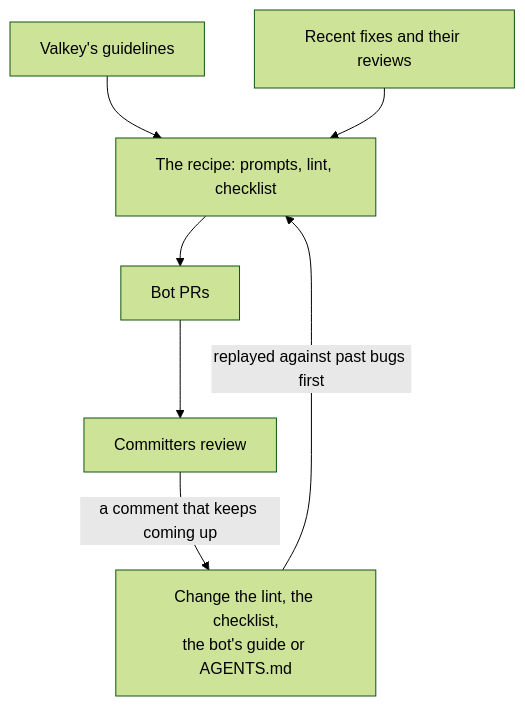
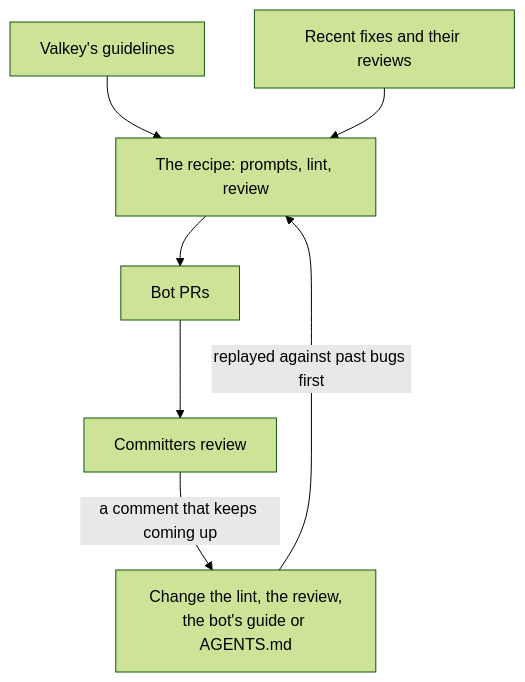
One commit to sarthakaggarwal97/valkey-ci-agent changed the fourth of 5 diagrams in docs/design/software-factory.md. Above: the diagram before and after it, drawn with Mermaid (forest theme). The commit also changed other lines of this file, not shown here.

````diff
--- a/docs/design/software-factory.md
+++ b/docs/design/software-factory.md
@@ -181,9 +186,9 @@
 ```mermaid
 flowchart TD
-    G["Valkey's guidelines"] --> R["The recipe: prompts, lint, checklist"]
+    G["Valkey's guidelines"] --> R["The recipe: prompts, lint, review"]
     E["Recent fixes and their reviews"] --> R
     R --> PR["Bot PRs"]
     PR --> RV["Committers review"]
-    RV -->|"a comment that keeps coming up"| CH["Change the lint, the checklist,<br/>the bot's guide or AGENTS.md"]
+    RV -->|"a comment that keeps coming up"| CH["Change the lint, the review,<br/>the bot's guide or AGENTS.md"]
     CH -->|"replayed against past bugs first"| R
 ```
````
